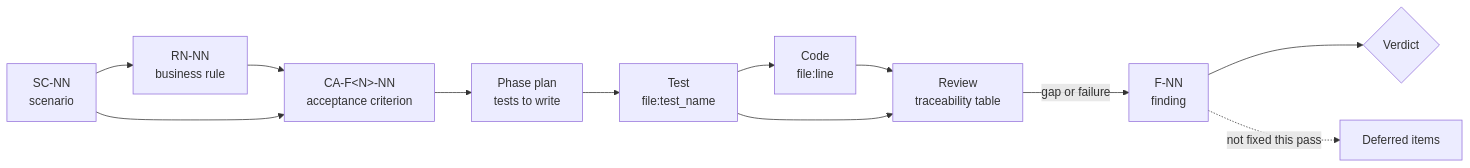
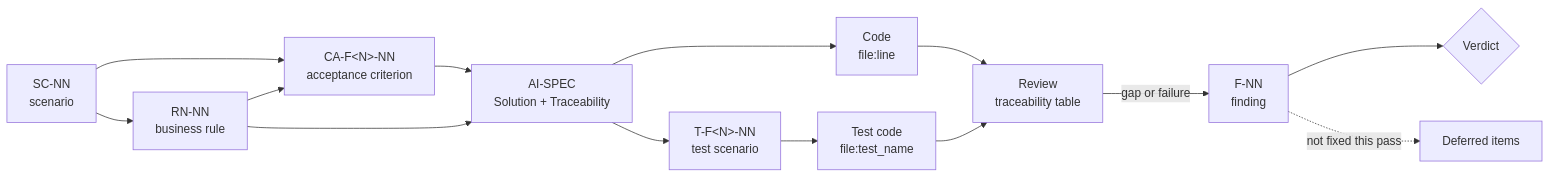
One commit to oscarks/spectionflow changed the fourth of 4 diagrams in docs/artifacts.md. Above: the diagram before and after it, drawn with Mermaid. The commit also changed other lines of this file and 9 other files, not shown here.

Commit message:
Add ai-spec skill; proposal becomes roadmap, implement/review/pipeline consume AI-SPEC; docs updated

````diff
--- a/docs/artifacts.md
+++ b/docs/artifacts.md
@@ -246,14 +303,16 @@
 ```mermaid
 flowchart LR
     SC["SC-NN<br/>scenario"] --> RN["RN-NN<br/>business rule"]
+    SC --> CA
     RN --> CA["CA-F&lt;N&gt;-NN<br/>acceptance criterion"]
-    SC --> CA
-    CA --> PH["Phase plan<br/>tests to write"]
-    PH --> T["Test<br/>file:test_name"]
-    T --> CODE["Code<br/>file:line"]
+    CA --> AS["AI-SPEC<br/>Solution + Traceability"]
+    RN --> AS
+    AS --> T["T-F&lt;N&gt;-NN<br/>test scenario"]
+    T --> TC["Test code<br/>file:test_name"]
+    AS --> CODE["Code<br/>file:line"]
     CODE --> RV["Review<br/>traceability table"]
-    T --> RV
+    TC --> RV
     RV -- "gap or failure" --> F["F-NN<br/>finding"]
     F --> V{"Verdict"}
     F -. "not fixed this pass" .-> DEF["Deferred items"]
 ```
````
